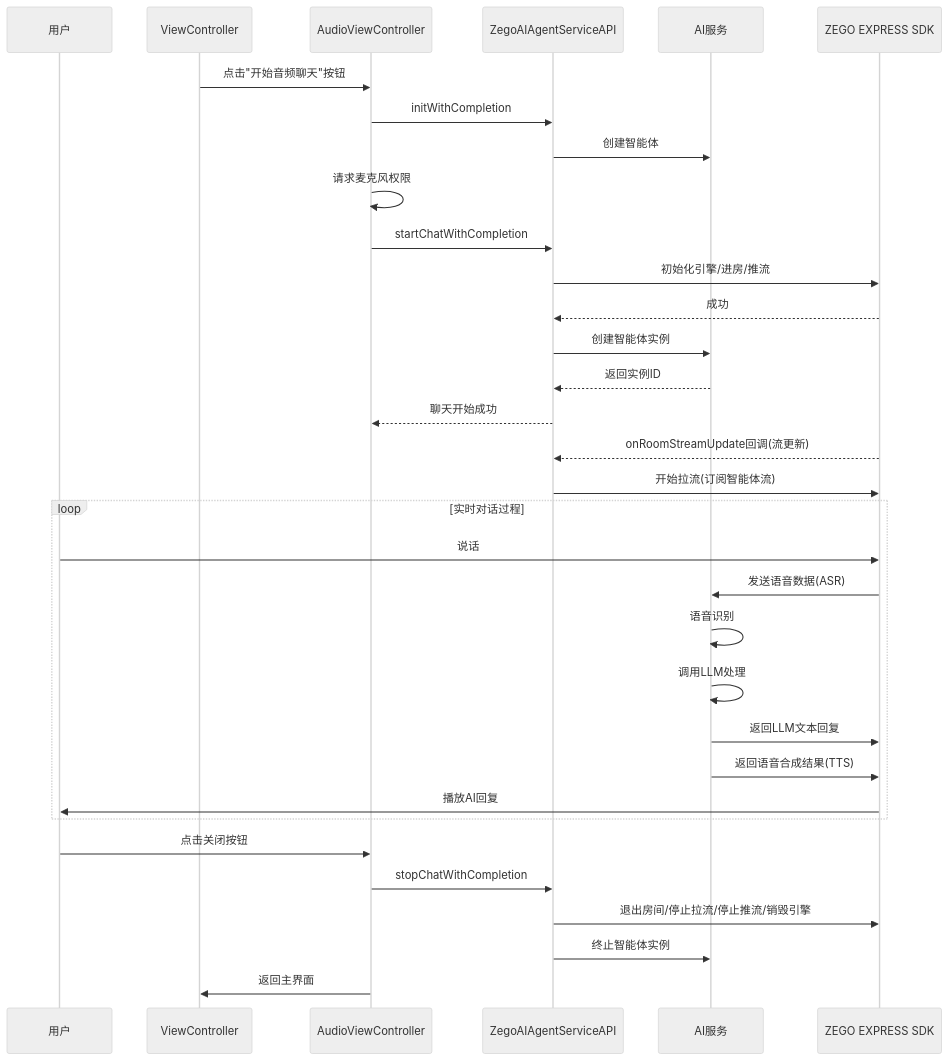
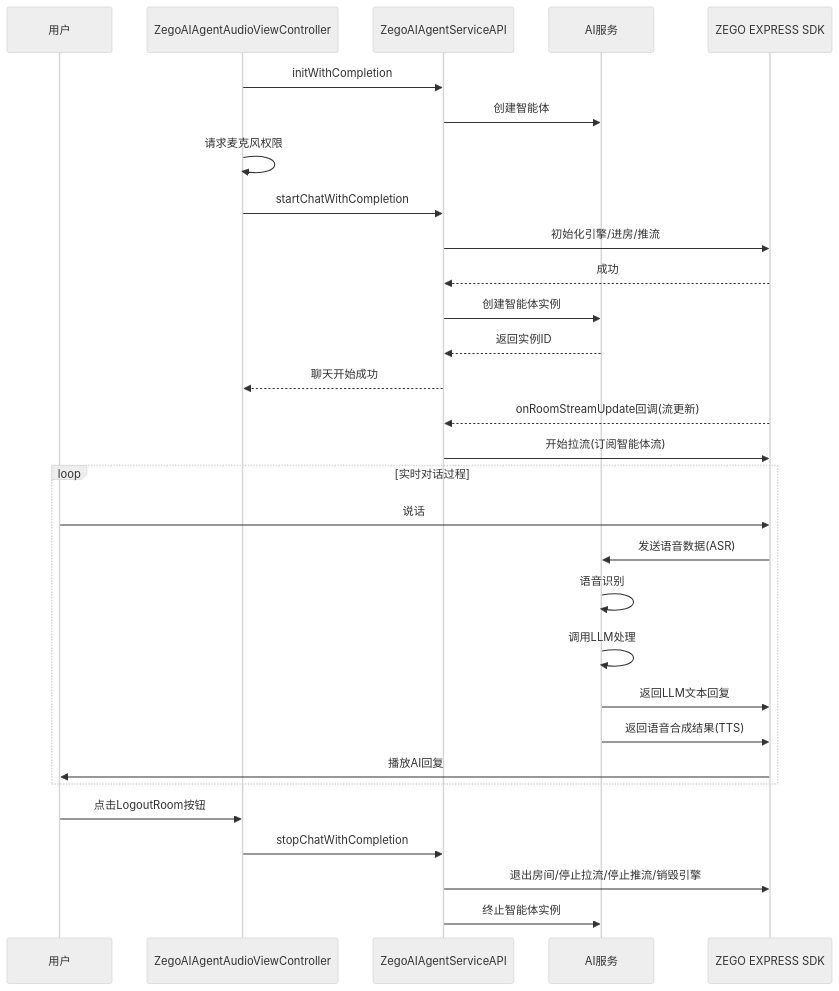
Before and after one commit to ZEGOCLOUD/ai_agent_quick_start: the diagram in ios/README.md, drawn with Mermaid (neutral theme). The commit also changed other lines of this file, not shown here.

````diff
--- a/ios/README.md
+++ b/ios/README.md
@@ -53,38 +53,35 @@
 ```mermaid
 sequenceDiagram
     participant User as 用户
-    participant VC as ViewController
-    participant AudioVC as AudioViewController
+    participant AudioVC as ZegoAIAgentAudioViewController
     participant ServiceAPI as ZegoAIAgentServiceAPI
     participant PassServer as AI服务
     participant Express as ZEGO EXPRESS SDK
 
-    VC->>AudioVC: 点击"开始音频聊天"按钮
     AudioVC->>ServiceAPI: initWithCompletion
     ServiceAPI->>PassServer: 创建智能体
     AudioVC->>AudioVC: 请求麦克风权限
     AudioVC->>ServiceAPI: startChatWithCompletion
     ServiceAPI->>Express: 初始化引擎/进房/推流
     Express-->>ServiceAPI: 成功
     ServiceAPI->>PassServer: 创建智能体实例
     PassServer-->>ServiceAPI: 返回实例ID
     ServiceAPI-->>AudioVC: 聊天开始成功
     Express-->>ServiceAPI: onRoomStreamUpdate回调(流更新)
     ServiceAPI->>Express: 开始拉流(订阅智能体流)
   
     loop 实时对话过程
         User->>Express: 说话
         Express->>PassServer: 发送语音数据(ASR)
         PassServer->>PassServer: 语音识别
         PassServer->>PassServer: 调用LLM处理
         PassServer->>Express: 返回LLM文本回复
         PassServer->>Express: 返回语音合成结果(TTS)
        Express->>User: 播放AI回复
     end
   
-    User->>AudioVC: 点击关闭按钮
+    User->>AudioVC: 点击LogoutRoom按钮
     AudioVC->>ServiceAPI: stopChatWithCompletion
     ServiceAPI->>Express: 退出房间/停止拉流/停止推流/销毁引擎
     ServiceAPI->>PassServer: 终止智能体实例
-    AudioVC->>VC: 返回主界面
 ```
````
